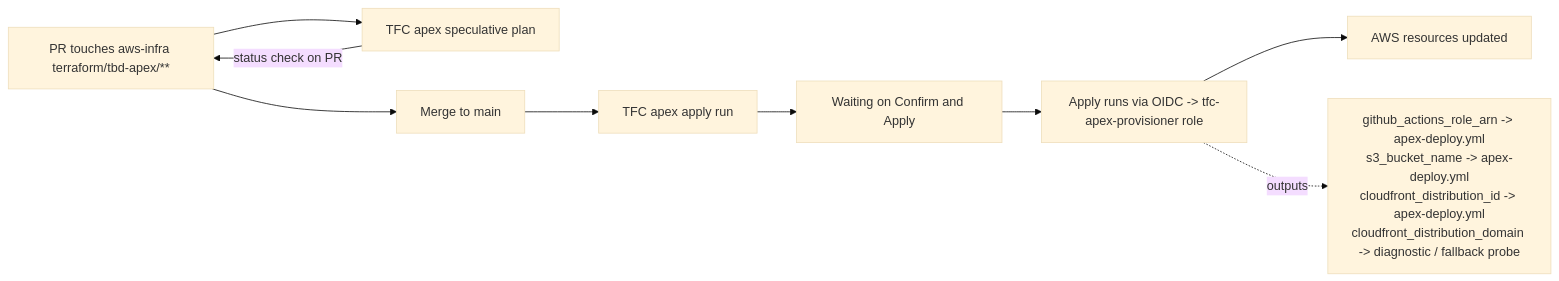
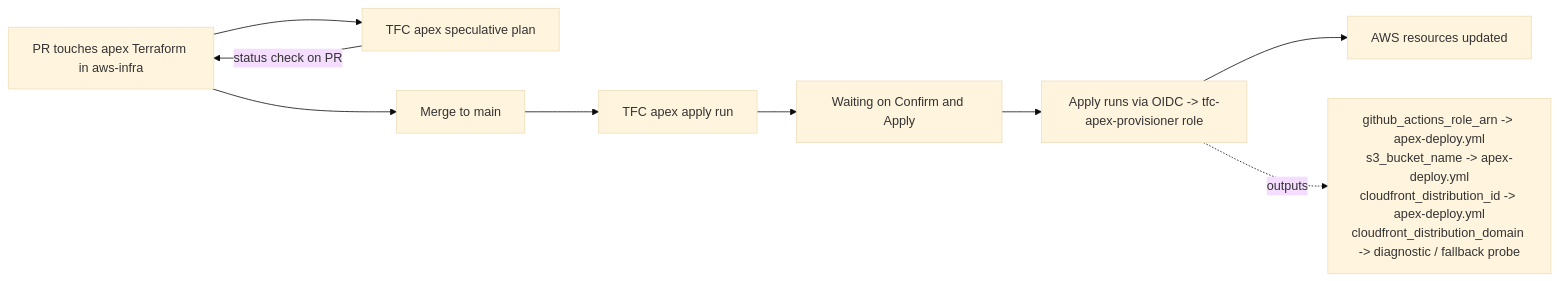
One commit to fjcloudaiconsulting/tbd changed the sixth of 8 diagrams in docs/operations/DEPLOYMENT.md. Above: the diagram before and after it, drawn with Mermaid (base theme). The commit also changed other lines of this file and 4 other files, not shown here.

First line of the commit message:
docs(infra): fold review findings for aws-infra move (INFRA-18)

````diff
--- a/docs/operations/DEPLOYMENT.md
+++ b/docs/operations/DEPLOYMENT.md
@@ -647,11 +647,11 @@
 ```mermaid
 flowchart LR
-  pr[PR touches aws-infra terraform/tbd-apex/**] --> tfcsp[TFC apex speculative plan]
+  pr[PR touches apex Terraform in aws-infra] --> tfcsp[TFC apex speculative plan]
   tfcsp -->|status check on PR| pr
   pr --> merge[Merge to main]
   merge --> tfcapp[TFC apex apply run]
   tfcapp --> hold[Waiting on Confirm and Apply]
   hold --> apply[Apply runs via OIDC -> tfc-apex-provisioner role]
   apply --> done[AWS resources updated]
   apply -.->|outputs| consumers[github_actions_role_arn -> apex-deploy.yml<br/>s3_bucket_name -> apex-deploy.yml<br/>cloudfront_distribution_id -> apex-deploy.yml<br/>cloudfront_distribution_domain -> diagnostic / fallback probe]
 ```
````
